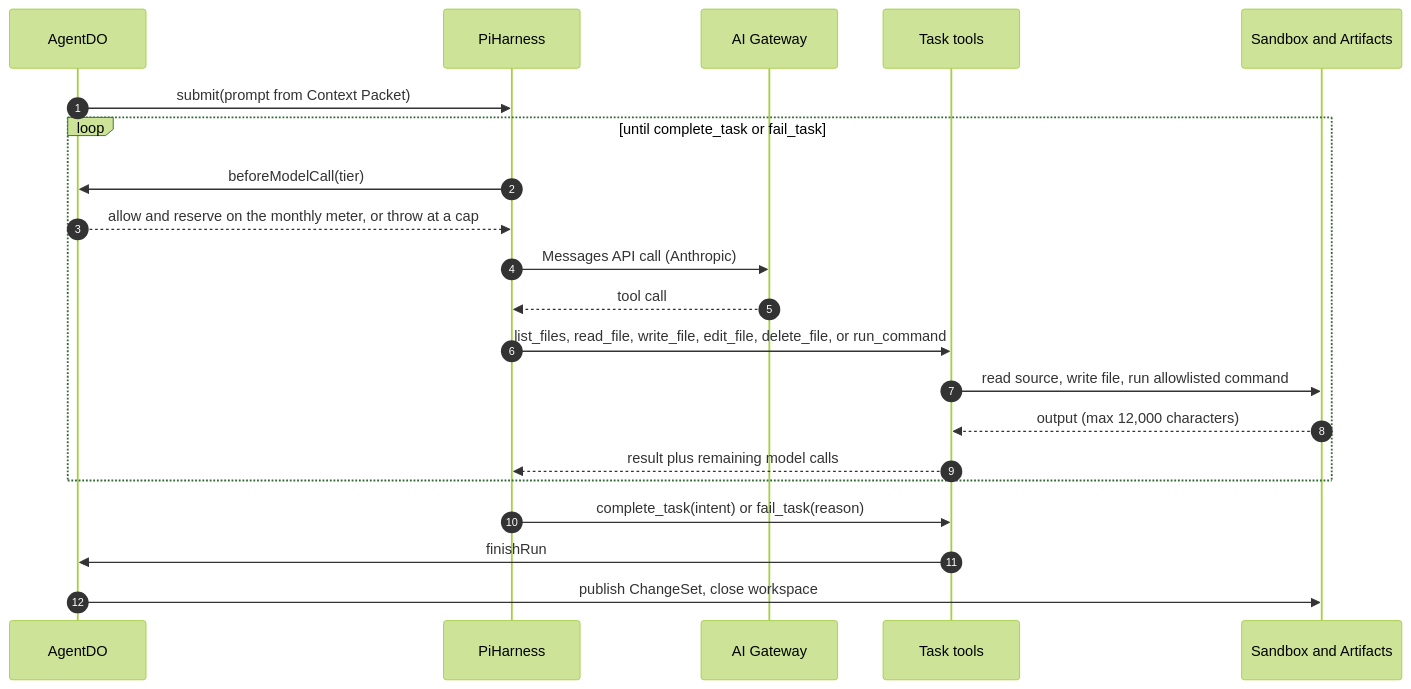
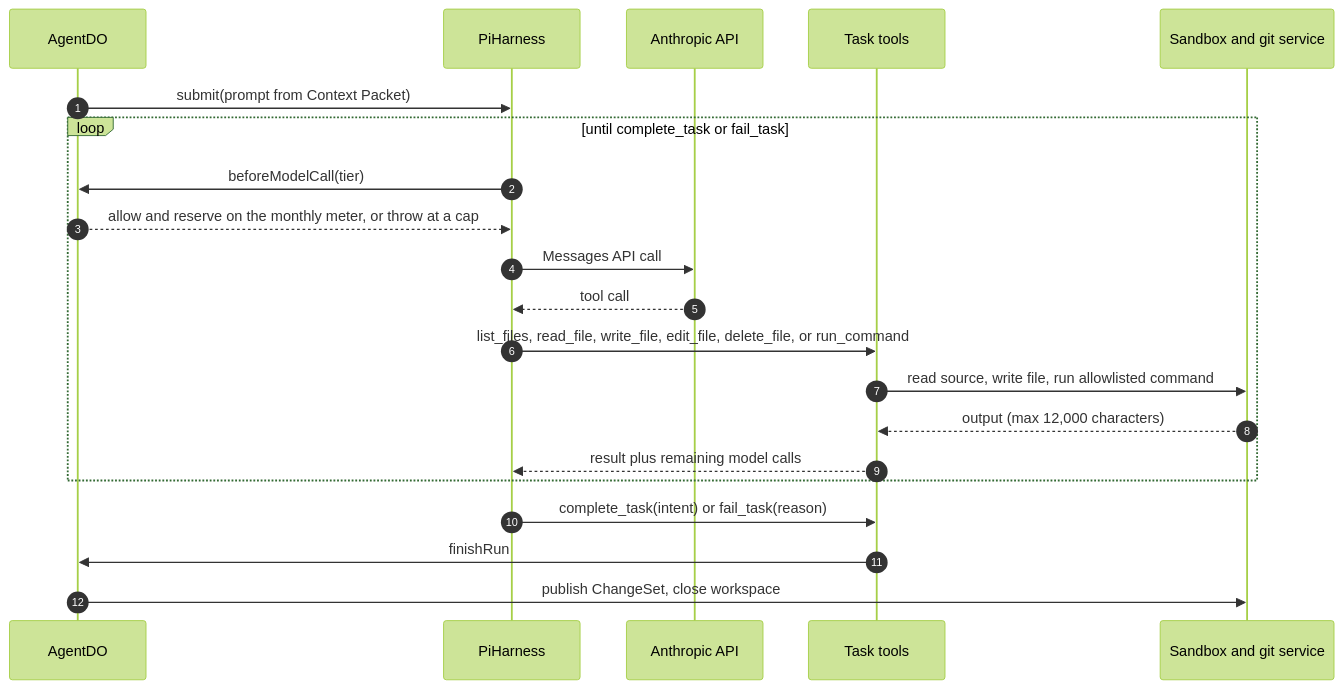
The second of 7 diagrams in docs/architecture/agents-and-models.md (nsudhanva/rhumbatron), drawn with Mermaid (forest theme) before and after one commit. The commit also changed other lines of this file and 322 other files, not shown here.

````diff
--- a/docs/architecture/agents-and-models.md
+++ b/docs/architecture/agents-and-models.md
@@ -65,24 +65,24 @@
 ```mermaid
 sequenceDiagram
   autonumber
   participant A as AgentDO
   participant Pi as PiHarness
-  participant GW as AI Gateway
+  participant GW as Anthropic API
   participant T as Task tools
-  participant SBX as Sandbox and Artifacts
+  participant SBX as Sandbox and git service
 
   A->>Pi: submit(prompt from Context Packet)
   loop until complete_task or fail_task
     Pi->>A: beforeModelCall(tier)
     A-->>Pi: allow and reserve on the monthly meter, or throw at a cap
-    Pi->>GW: Messages API call (Anthropic)
+    Pi->>GW: Messages API call
     GW-->>Pi: tool call
     Pi->>T: list_files, read_file, write_file, edit_file, delete_file, or run_command
     T->>SBX: read source, write file, run allowlisted command
     SBX-->>T: output (max 12,000 characters)
     T-->>Pi: result plus remaining model calls
   end
   Pi->>T: complete_task(intent) or fail_task(reason)
   T->>A: finishRun
   A->>SBX: publish ChangeSet, close workspace
 ```
````
